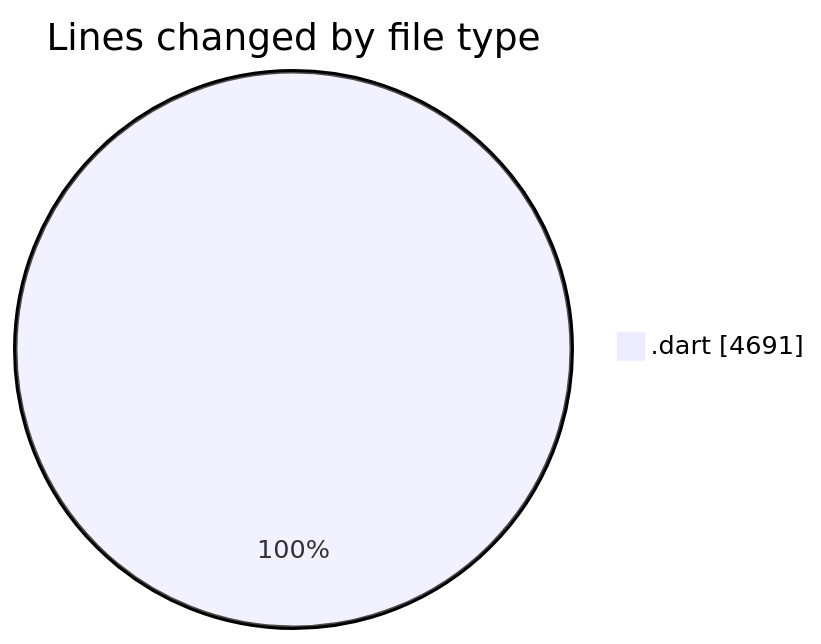
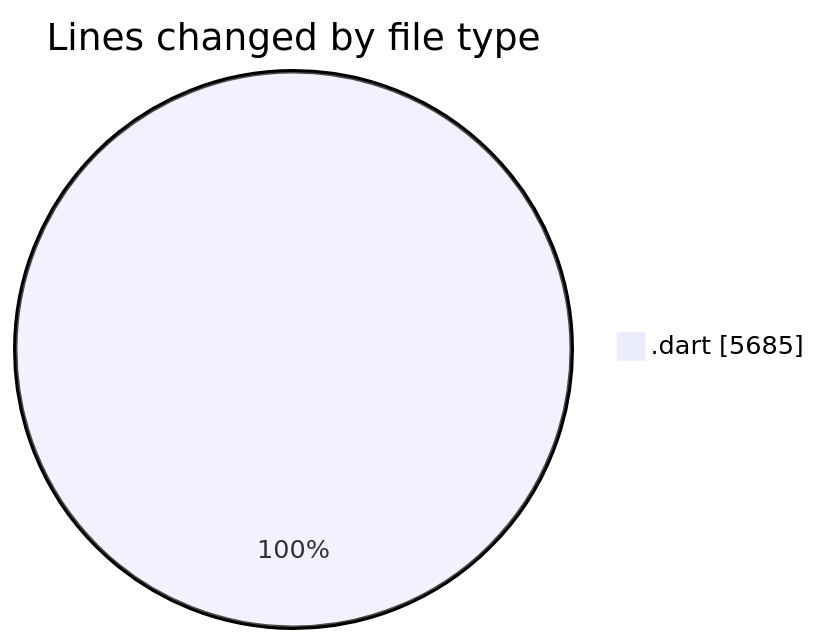
One commit to lephambinh05/code-tracking changed the first of 2 diagrams in 2025-08-28/studybuddy/README.md. Above: the diagram before and after it, drawn with Mermaid. The commit also changed other lines of this file and 1 other file, not shown here.

````diff
--- a/2025-08-28/studybuddy/README.md
+++ b/2025-08-28/studybuddy/README.md
@@ -29,5 +32,5 @@
 ```mermaid
 pie showData
 title Lines changed by file type
-".dart" : 4691
+".dart" : 5685
 ```
````
